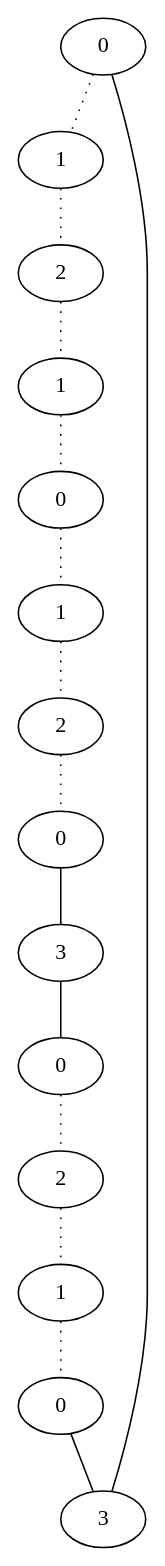
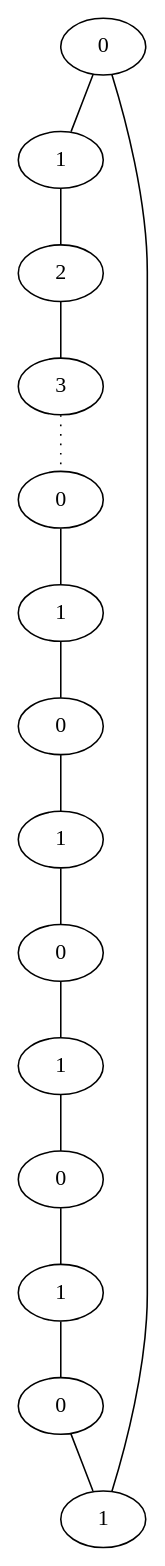
The diagram in TestPathsfactorised/result/dot/cycle_14_4_tc.dot (d1laj/Stage-M2), drawn with Graphviz before and after one commit. The commit also changed 4248 other files, not shown here.

```diff
--- a/TestPathsfactorised/result/dot/cycle_14_4_tc.dot
+++ b/TestPathsfactorised/result/dot/cycle_14_4_tc.dot
@@ -1,30 +1,30 @@
 graph {
 a0[label=0];
 a1[label=1];
 a2[label=2];
-a3[label=1];
+a3[label=3];
 a4[label=0];
 a5[label=1];
-a6[label=2];
-a7[label=0];
-a8[label=3];
-a9[label=0];
-a10[label=2];
+a6[label=0];
+a7[label=1];
+a8[label=0];
+a9[label=1];
+a10[label=0];
 a11[label=1];
 a12[label=0];
-a13[label=3];
-a0 -- a1 [style=dotted];
+a13[label=1];
+a0 -- a1;
 a0 -- a13;
-a1 -- a2 [style=dotted];
-a2 -- a3 [style=dotted];
+a1 -- a2;
+a2 -- a3;
 a3 -- a4 [style=dotted];
-a4 -- a5 [style=dotted];
-a5 -- a6 [style=dotted];
-a6 -- a7 [style=dotted];
+a4 -- a5;
+a5 -- a6;
+a6 -- a7;
 a7 -- a8;
 a8 -- a9;
-a9 -- a10 [style=dotted];
-a10 -- a11 [style=dotted];
-a11 -- a12 [style=dotted];
+a9 -- a10;
+a10 -- a11;
+a11 -- a12;
 a12 -- a13;
 }
```
